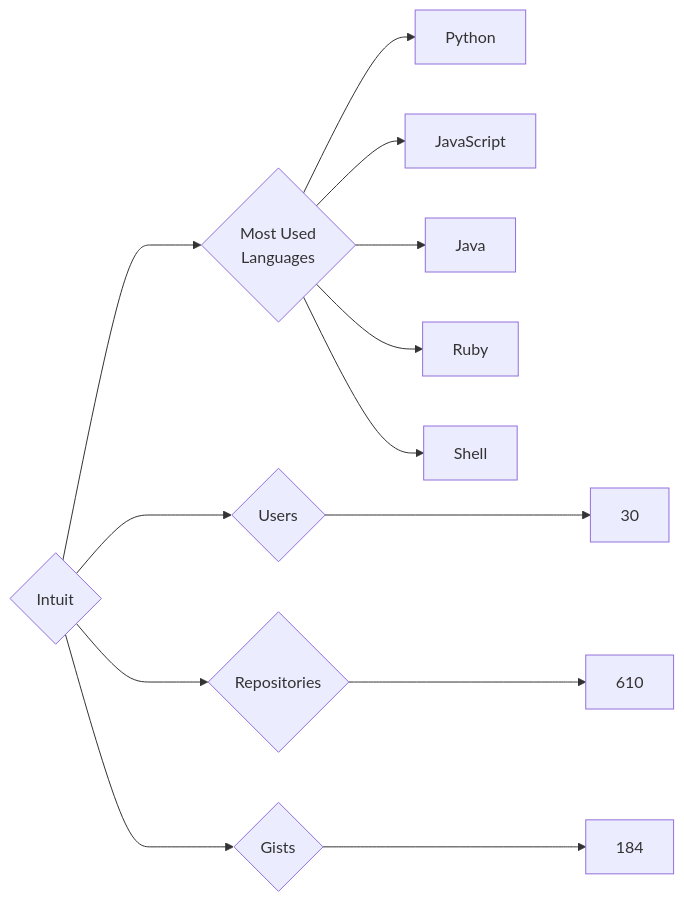
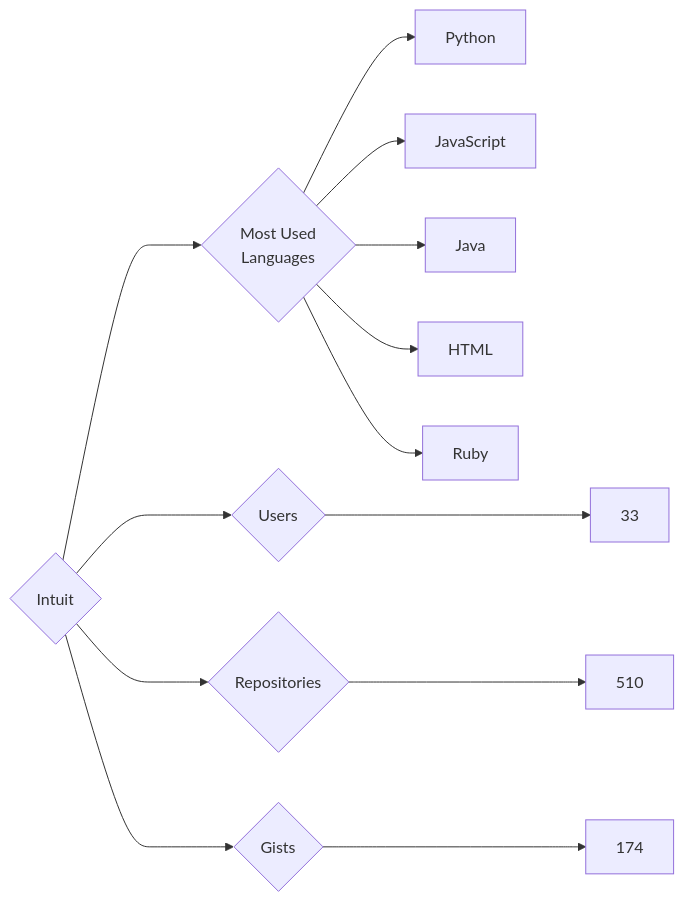
The diagram in targets/Intuit/README.md (trickest/insiders), drawn with Mermaid before and after one commit. The commit also changed 916 other files, not shown here.

````diff
--- a/targets/Intuit/README.md
+++ b/targets/Intuit/README.md
@@ -3,13 +3,13 @@
 ```mermaid
 graph LR
 COMPANY_NAME{Intuit}
-COMPANY_NAME ---> U{Users} ---> UN[30]
-COMPANY_NAME ---> R{Repositories} ---> RN[610]
-COMPANY_NAME ---> G{Gists} ---> GN[184]
+COMPANY_NAME ---> U{Users} ---> UN[33]
+COMPANY_NAME ---> R{Repositories} ---> RN[510]
+COMPANY_NAME ---> G{Gists} ---> GN[174]
 COMPANY_NAME ---> ML{Most Used<br>Languages}
 ML --> Python[Python]
 ML --> JavaScript[JavaScript]
 ML --> Java[Java]
+ML --> HTML[HTML]
 ML --> Ruby[Ruby]
-ML --> Shell[Shell]
 ```
````
